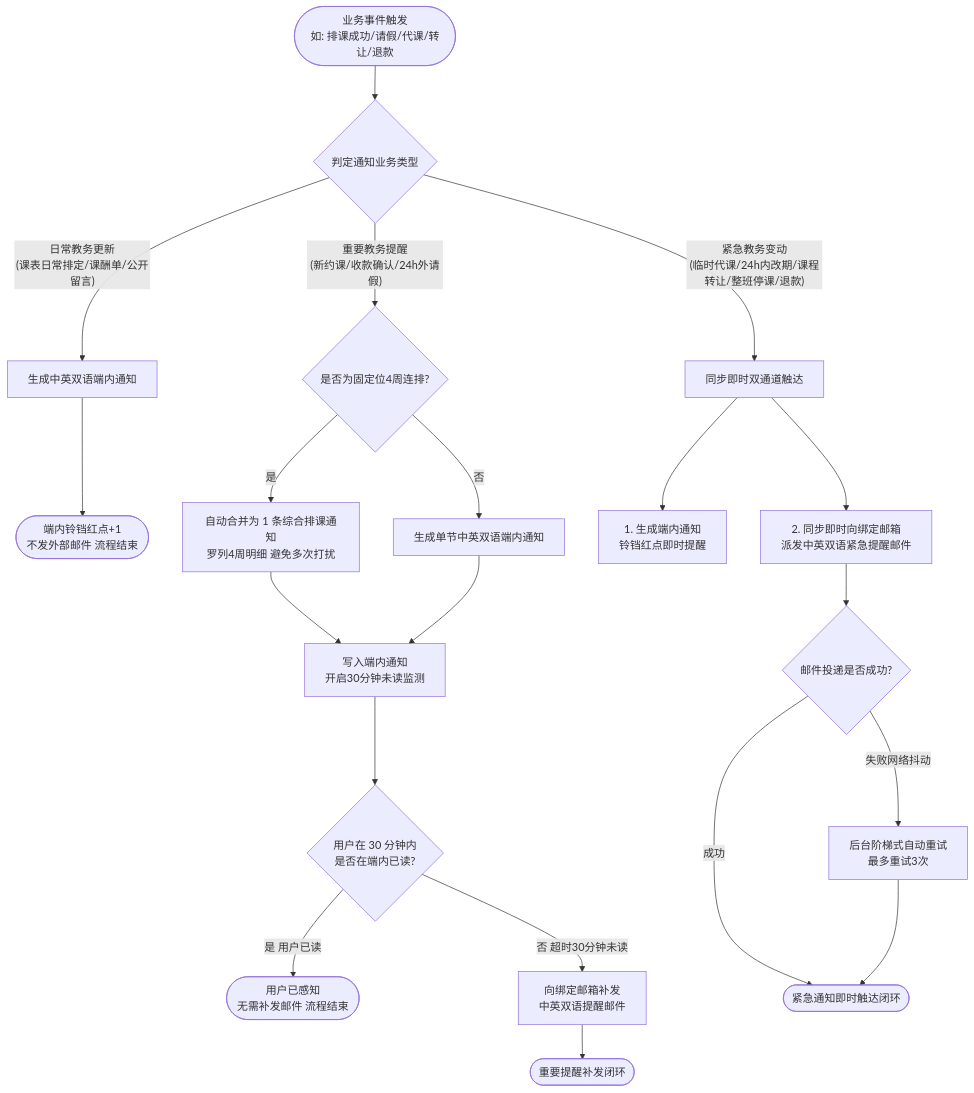
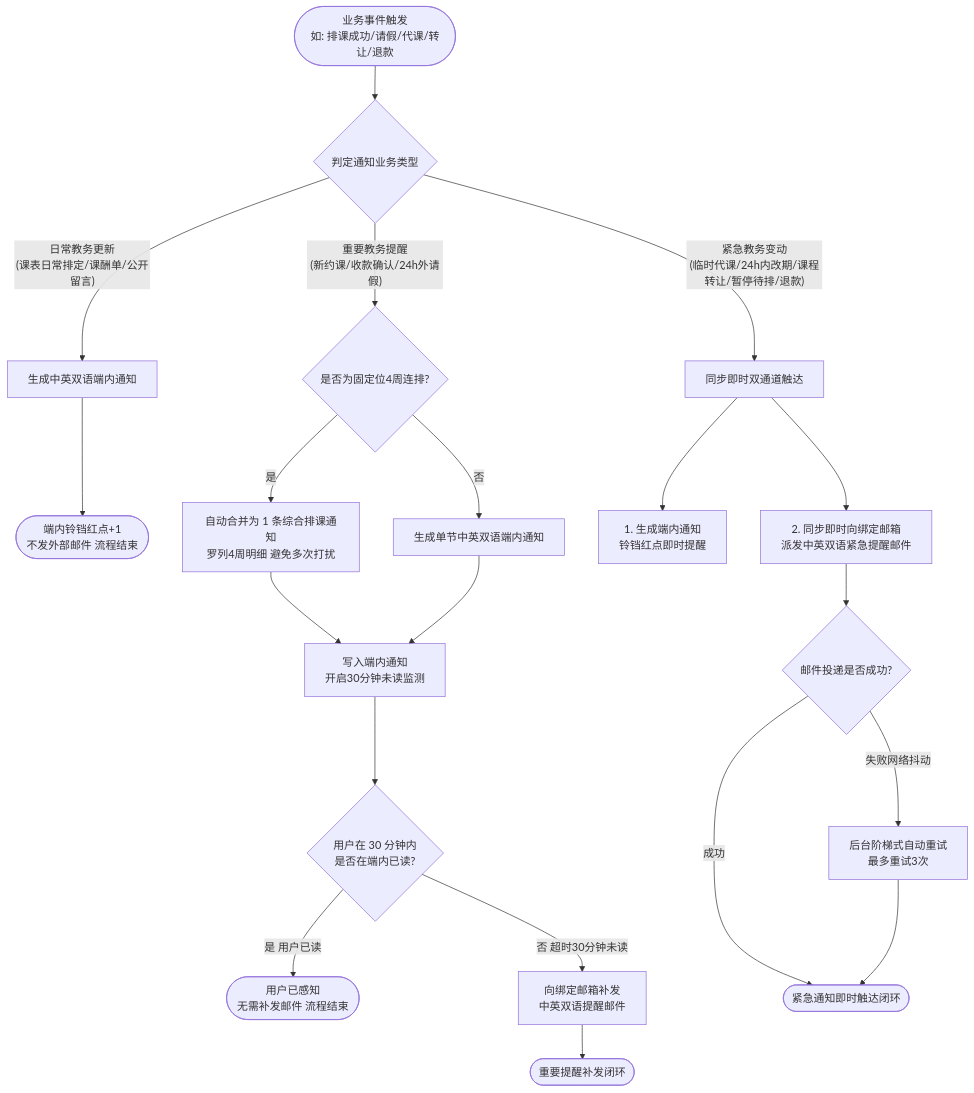
Before and after one commit to Onezao/dream: the second of 3 diagrams in docs/prd/m4_notification.md, drawn with Mermaid. The commit also changed other lines of this file and 37 other files, not shown here.

````diff
--- a/docs/prd/m4_notification.md
+++ b/docs/prd/m4_notification.md
@@ -362,28 +362,28 @@
 ```mermaid
 flowchart TD
     Start([业务事件触发\n如: 排课成功/请假/代课/转让/退款]) --> CheckType{判定通知业务类型}
     
     %% 日常教务更新
     CheckType -- 日常教务更新\n(课表日常排定/课酬单/公开留言) --> CallInApp1[生成中英双语端内通知]
     CallInApp1 --> DoneLevel1([端内铃铛红点+1\n不发外部邮件 流程结束])
     
     %% 重要教务提醒
     CheckType -- 重要教务提醒\n(新约课/收款确认/24h外请假) --> CheckBatch{是否为固定位4周连排?}
     CheckBatch -- 是 --> MergeNotice[自动合并为 1 条综合排课通知\n罗列4周明细 避免多次打扰]
     CheckBatch -- 否 --> SingleNotice[生成单节中英双语端内通知]
     MergeNotice --> WriteInApp2[写入端内通知\n开启30分钟未读监测]
     SingleNotice --> WriteInApp2
     WriteInApp2 --> Wait30Min{用户在 30 分钟内\n是否在端内已读?}
     Wait30Min -- 是 用户已读 --> StopEmail([用户已感知\n无需补发邮件 流程结束])
     Wait30Min -- 否 超时30分钟未读 --> SendBilingualEmail1[向绑定邮箱补发\n中英双语提醒邮件]
     SendBilingualEmail1 --> DoneLevel2([重要提醒补发闭环])
     
     %% 紧急教务变动
-    CheckType -- 紧急教务变动\n(临时代课/24h内改期/课程转让/整班停课/退款) --> ConcurrentDispatch[同步即时双通道触达]
+    CheckType -- "紧急教务变动\n(临时代课/24h内改期/课程转让/暂停待排/退款)" --> ConcurrentDispatch[同步即时双通道触达]
     ConcurrentDispatch --> WriteInApp3[1. 生成端内通知\n铃铛红点即时提醒]
     ConcurrentDispatch --> SendBilingualEmail2[2. 同步即时向绑定邮箱\n派发中英双语紧急提醒邮件]
     SendBilingualEmail2 --> CheckSendSuccess{邮件投递是否成功?}
     CheckSendSuccess -- 成功 --> DoneLevel3([紧急通知即时触达闭环])
     CheckSendSuccess -- 失败网络抖动 --> ExponentialRetry[后台阶梯式自动重试\n最多重试3次]
     ExponentialRetry --> DoneLevel3
 ```
````
